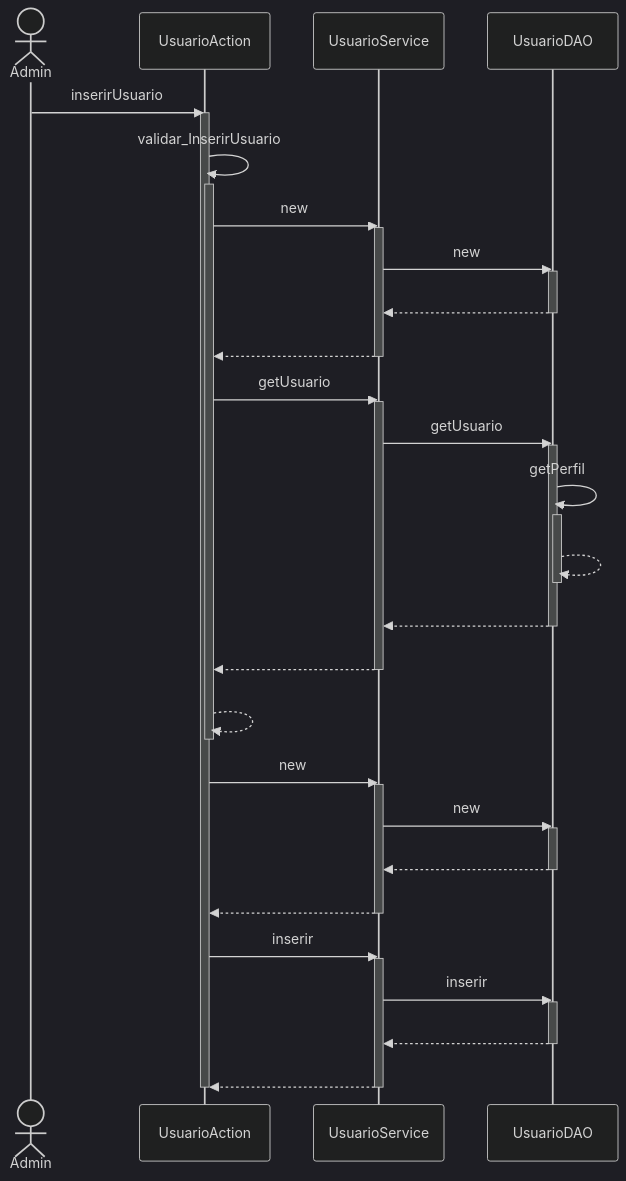
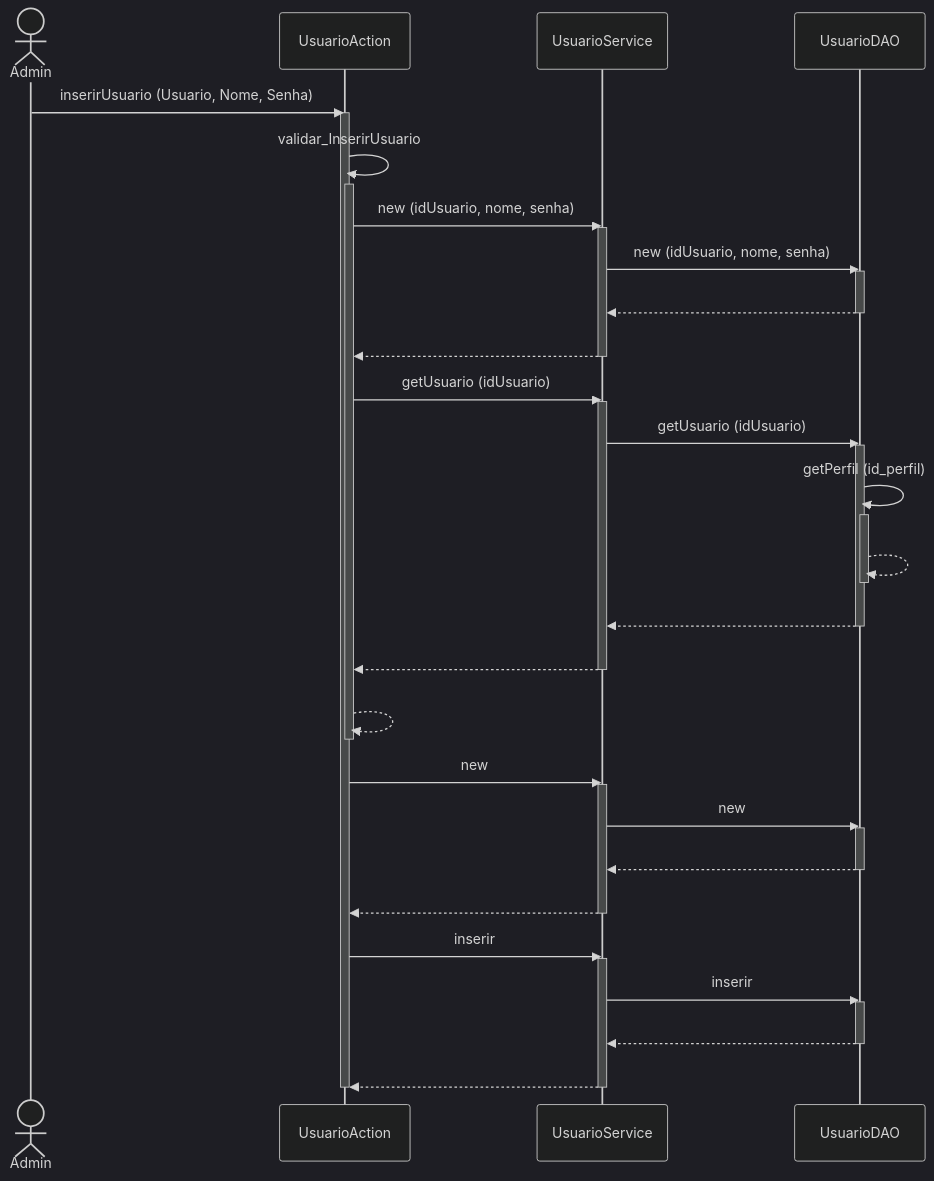
One commit to branqsMRP/SequenceDiagram changed the diagram in DiagramaSequencia/Novo Diagrama Sequencia/Usuario/Inserir Usuario.mmd. Above: the diagram before and after it, drawn with Mermaid (dark theme). The commit also changed 16 other files, not shown here.

```diff
--- a/DiagramaSequencia/Novo Diagrama Sequencia/Usuario/Inserir Usuario.mmd
+++ b/DiagramaSequencia/Novo Diagrama Sequencia/Usuario/Inserir Usuario.mmd
@@ -1,45 +1,45 @@
 sequenceDiagram
 actor A as Admin
-A ->> UsuarioAction : inserirUsuario
+A ->> UsuarioAction : inserirUsuario (Usuario, Nome, Senha)
 activate UsuarioAction
 UsuarioAction ->> UsuarioAction : validar_InserirUsuario
 activate UsuarioAction
-UsuarioAction ->> UsuarioService : new
+UsuarioAction ->> UsuarioService : new (idUsuario, nome, senha)
 activate UsuarioService
-UsuarioService ->> UsuarioDAO : new
+UsuarioService ->> UsuarioDAO : new (idUsuario, nome, senha)
 activate UsuarioDAO
 UsuarioDAO -->> UsuarioService : #32; 
 deactivate UsuarioDAO
 UsuarioService -->> UsuarioAction : #32; 
 deactivate UsuarioService
-UsuarioAction ->> UsuarioService : getUsuario
+UsuarioAction ->> UsuarioService : getUsuario (idUsuario)
 activate UsuarioService
-UsuarioService ->> UsuarioDAO : getUsuario
+UsuarioService ->> UsuarioDAO : getUsuario (idUsuario)
 activate UsuarioDAO
-UsuarioDAO ->> UsuarioDAO : getPerfil
+UsuarioDAO ->> UsuarioDAO : getPerfil (id_perfil) 
 activate UsuarioDAO
 UsuarioDAO -->> UsuarioDAO : #32; 
 deactivate UsuarioDAO
 UsuarioDAO -->> UsuarioService : #32; 
 deactivate UsuarioDAO
 UsuarioService -->> UsuarioAction : #32; 
 deactivate UsuarioService
 UsuarioAction -->> UsuarioAction : #32; 
 deactivate UsuarioAction
 UsuarioAction ->> UsuarioService : new
 activate UsuarioService
 UsuarioService ->> UsuarioDAO : new
 activate UsuarioDAO
 UsuarioDAO -->> UsuarioService : #32; 
 deactivate UsuarioDAO
 UsuarioService -->> UsuarioAction : #32; 
 deactivate UsuarioService
 UsuarioAction ->> UsuarioService : inserir
 activate UsuarioService
 UsuarioService ->> UsuarioDAO : inserir
 activate UsuarioDAO
 UsuarioDAO -->> UsuarioService : #32; 
 deactivate UsuarioDAO
 UsuarioService -->> UsuarioAction : #32; 
 deactivate UsuarioService
 deactivate UsuarioAction
```
